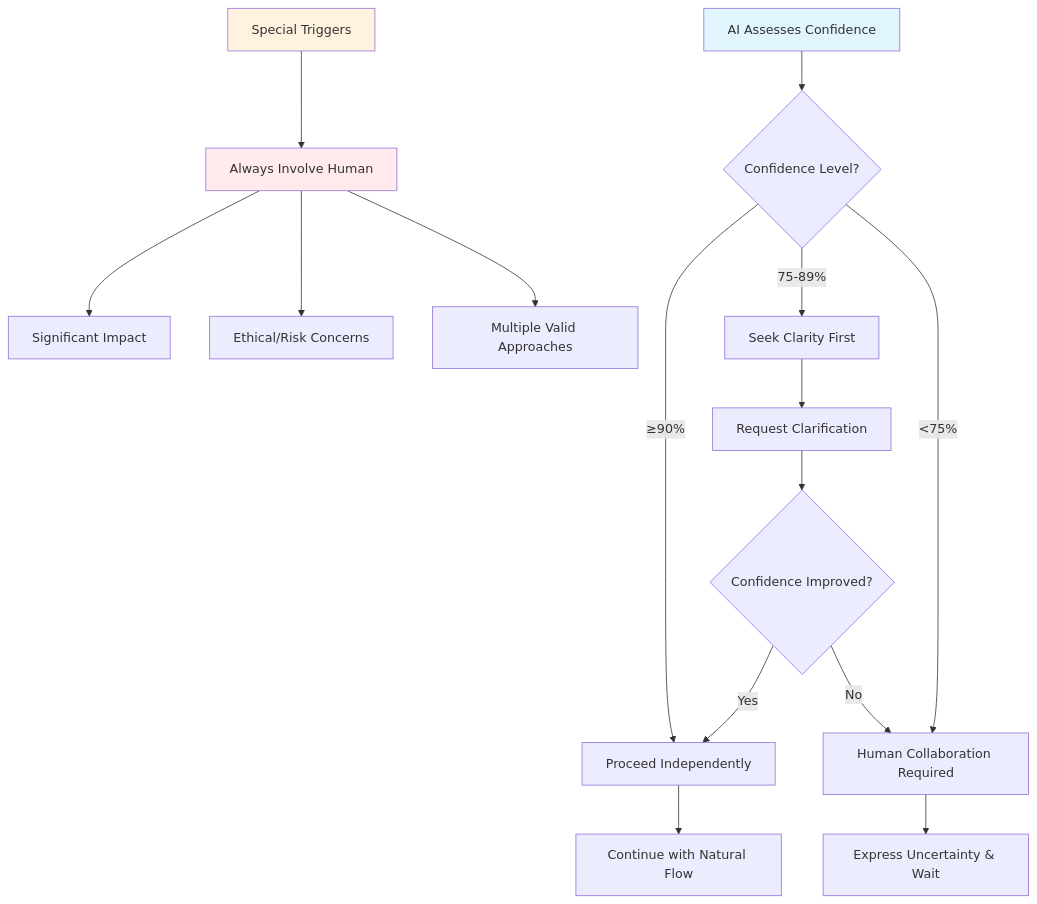
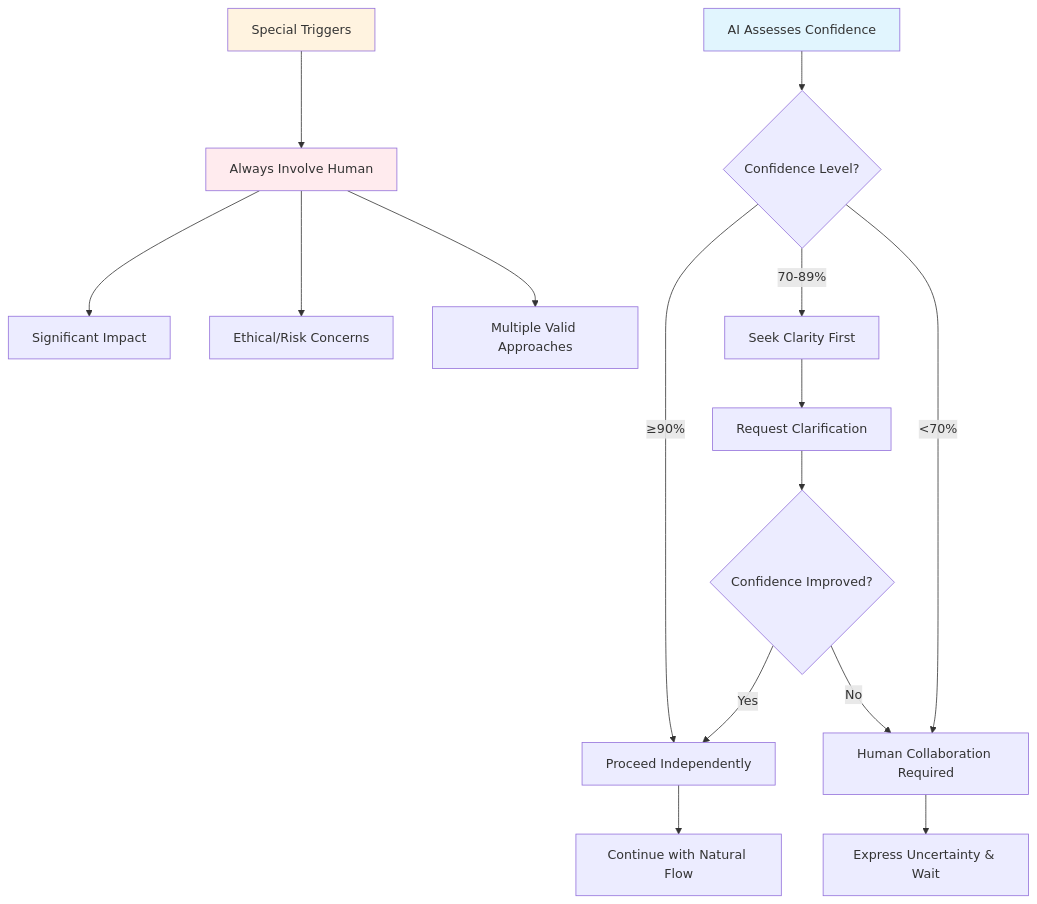
Before and after one commit to Aaditri-Informatics/AI-Framework: the diagram in README.md, drawn with Mermaid. The commit also changed other lines of this file, not shown here.

Commit message:
Docs: Update README.md to reflect AI-Framework V4 confidence threshold changes

````diff
--- a/README.md
+++ b/README.md
@@ -42,24 +42,24 @@
 ```mermaid
 graph TD
     A[AI Assesses Confidence] --> B{Confidence Level?}
     B -->|≥90%| C[Proceed Independently]
-    B -->|75-89%| D[Seek Clarity First]
-    B -->|<75%| E[Human Collaboration Required]
+    B -->|70-89%| D[Seek Clarity First]
+    B -->|<70%| E[Human Collaboration Required]
     
     C --> F[Continue with Natural Flow]
     D --> G[Request Clarification]
     E --> H[Express Uncertainty & Wait]
     
     G --> I{Confidence Improved?}
     I -->|Yes| C
     I -->|No| E
     
     J[Special Triggers] --> K[Always Involve Human]
     K --> L[Significant Impact]
     K --> M[Ethical/Risk Concerns]
     K --> N[Multiple Valid Approaches]
     
     style A fill:#e1f5fe
     style J fill:#fff3e0
     style K fill:#ffebee
 ```
````
